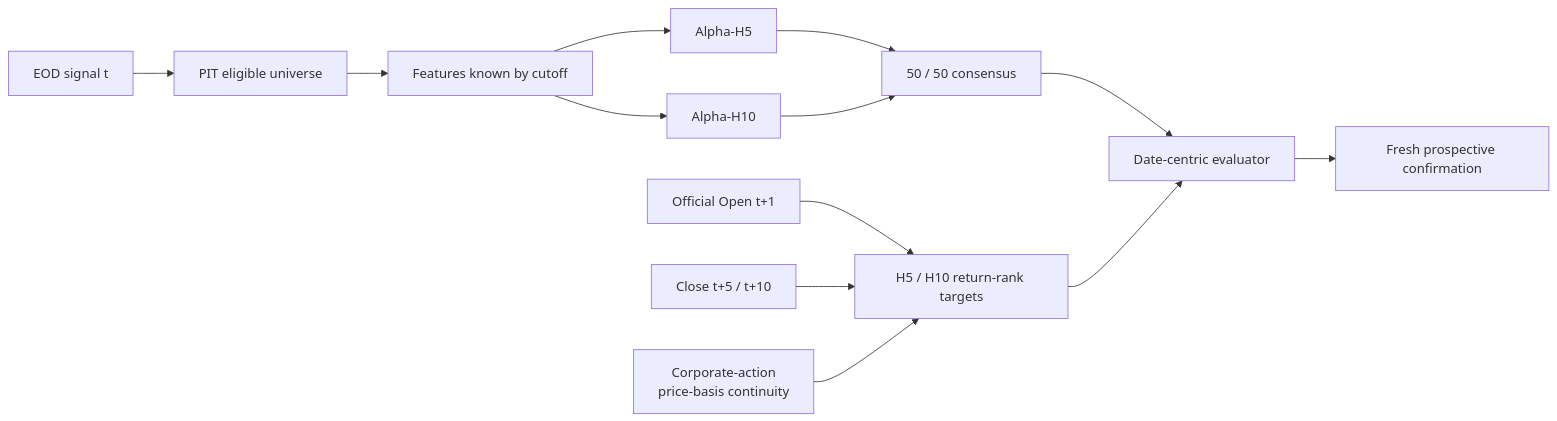
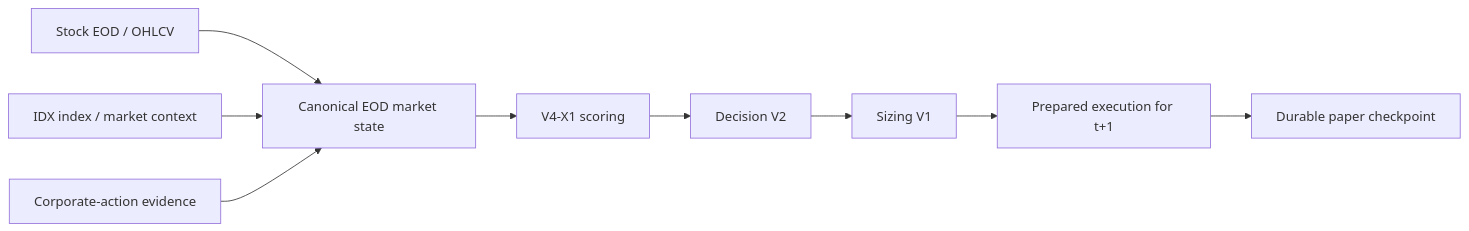
One commit to samindriano/idx-trade changed the second of 3 diagrams in README.md. Above: the diagram before and after it, drawn with Mermaid. The commit also changed other lines of this file, not shown here.

Commit message:
docs(readme): refresh current IDX Trade architecture

````diff
--- a/README.md
+++ b/README.md
@@ -37,17 +72,11 @@
 ```mermaid
 flowchart LR
-    T[EOD signal t] --> U[PIT eligible universe]
-    U --> F[Features known by cutoff]
-    F --> H5[Alpha-H5]
-    F --> H10[Alpha-H10]
-    H5 --> C[50 / 50 consensus]
-    H10 --> C
-
-    O[Official Open t+1] --> Y[H5 / H10 return-rank targets]
-    Q[Close t+5 / t+10] --> Y
-    CA[Corporate-action<br/>price-basis continuity] --> Y
-
-    C --> E[Date-centric evaluator]
-    Y --> E
-    E --> P[Fresh prospective confirmation]
+    EOD[Stock EOD / OHLCV] --> CLEAN[Canonical EOD market state]
+    IDXCTX[IDX index / market context] --> CLEAN
+    CA[Corporate-action evidence] --> CLEAN
+    CLEAN --> SCORE[V4-X1 scoring]
+    SCORE --> D[Decision V2]
+    D --> S[Sizing V1]
+    S --> P[Prepared execution for t+1]
+    P --> PS[Durable paper checkpoint]
 ```
````
